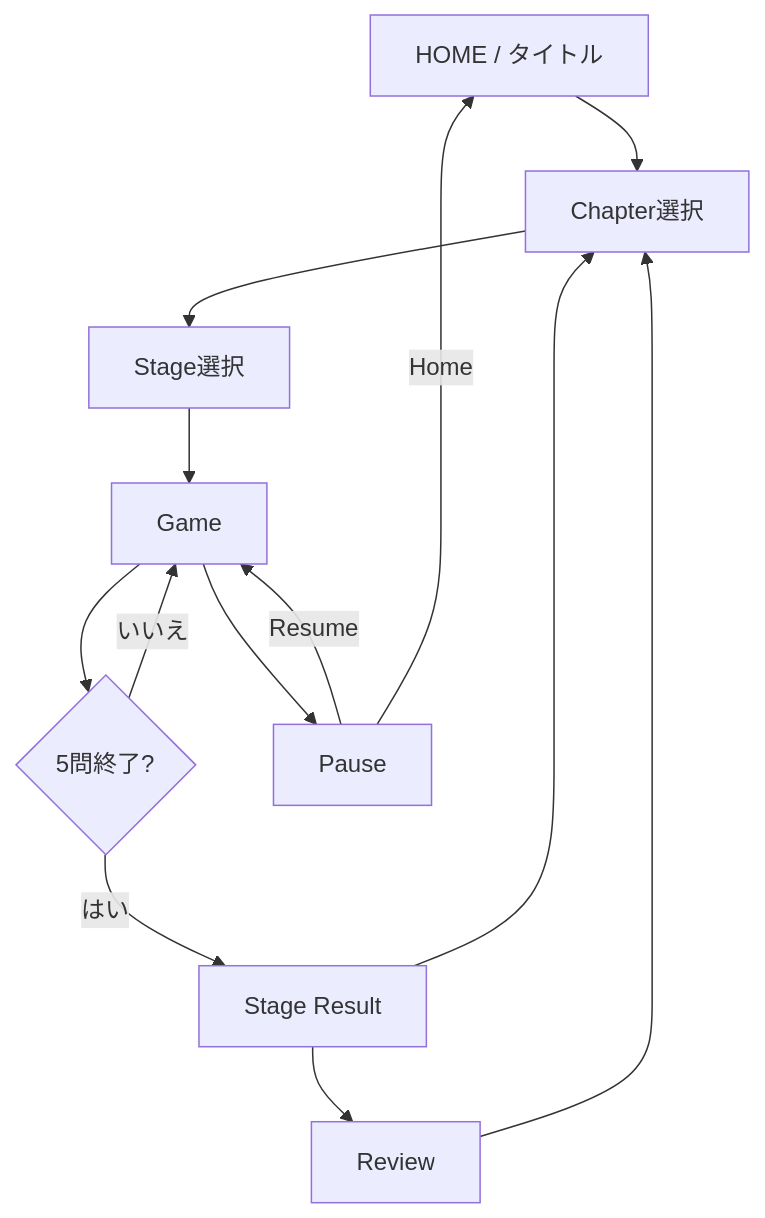
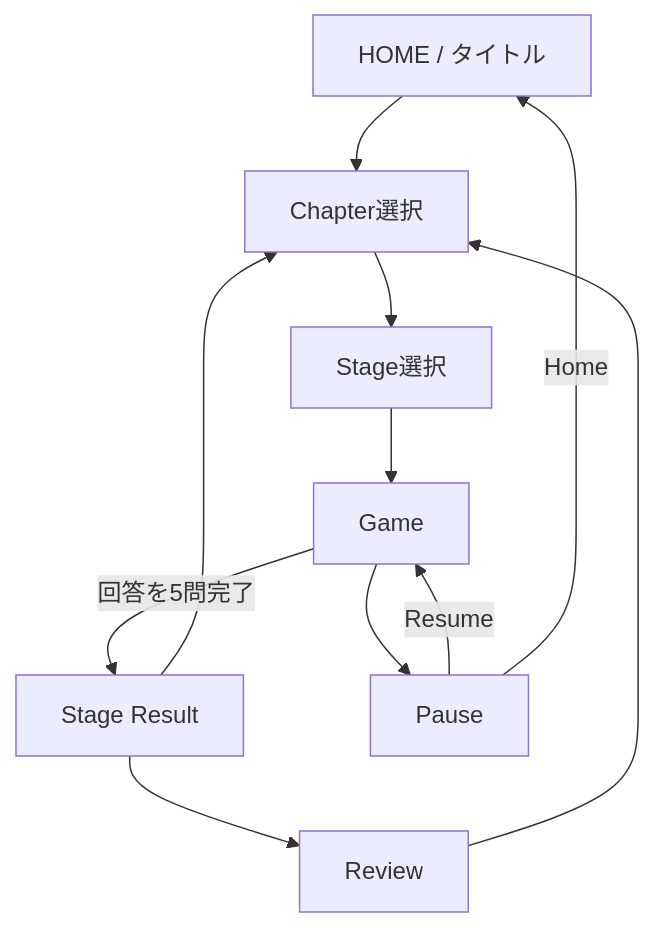
Before and after one commit to suu-dev-0203/graduation_JAVAgame: the eighth of 27 diagrams in README.md, drawn with Mermaid. The commit also changed other lines of this file, not shown here.

````diff
--- a/README.md
+++ b/README.md
@@ -297,15 +298,15 @@
 ```mermaid
 flowchart TD
-    A[HOME / タイトル] --> B[Chapter選択]
-    B --> C[Stage選択]
-    C --> D[Game]
-    D --> E{5問終了?}
-    E -->|いいえ| D
-    E -->|はい| F[Stage Result]
-    F --> G[Review]
-    G --> B
-    F --> B
-    D --> H[Pause]
-    H -->|Resume| D
-    H -->|Home| A
+    HOME[HOME / タイトル] --> CH[Chapter選択]
+    CH --> ST[Stage選択]
+    ST --> GAME[Game]
+
+    GAME -->|回答を5問完了| RESULT[Stage Result]
+    RESULT --> REVIEW[Review]
+    RESULT --> CH
+    REVIEW --> CH
+
+    GAME --> PAUSE[Pause]
+    PAUSE -->|Resume| GAME
+    PAUSE -->|Home| HOME
 ```
````
